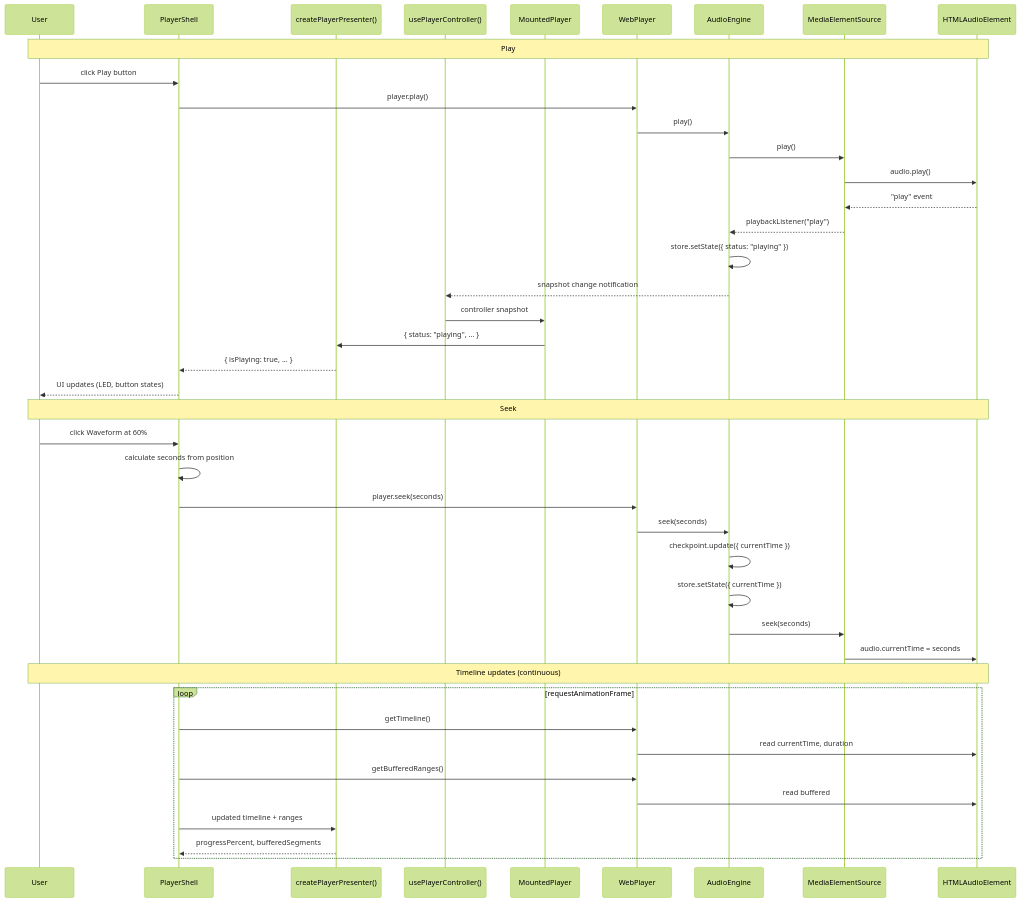
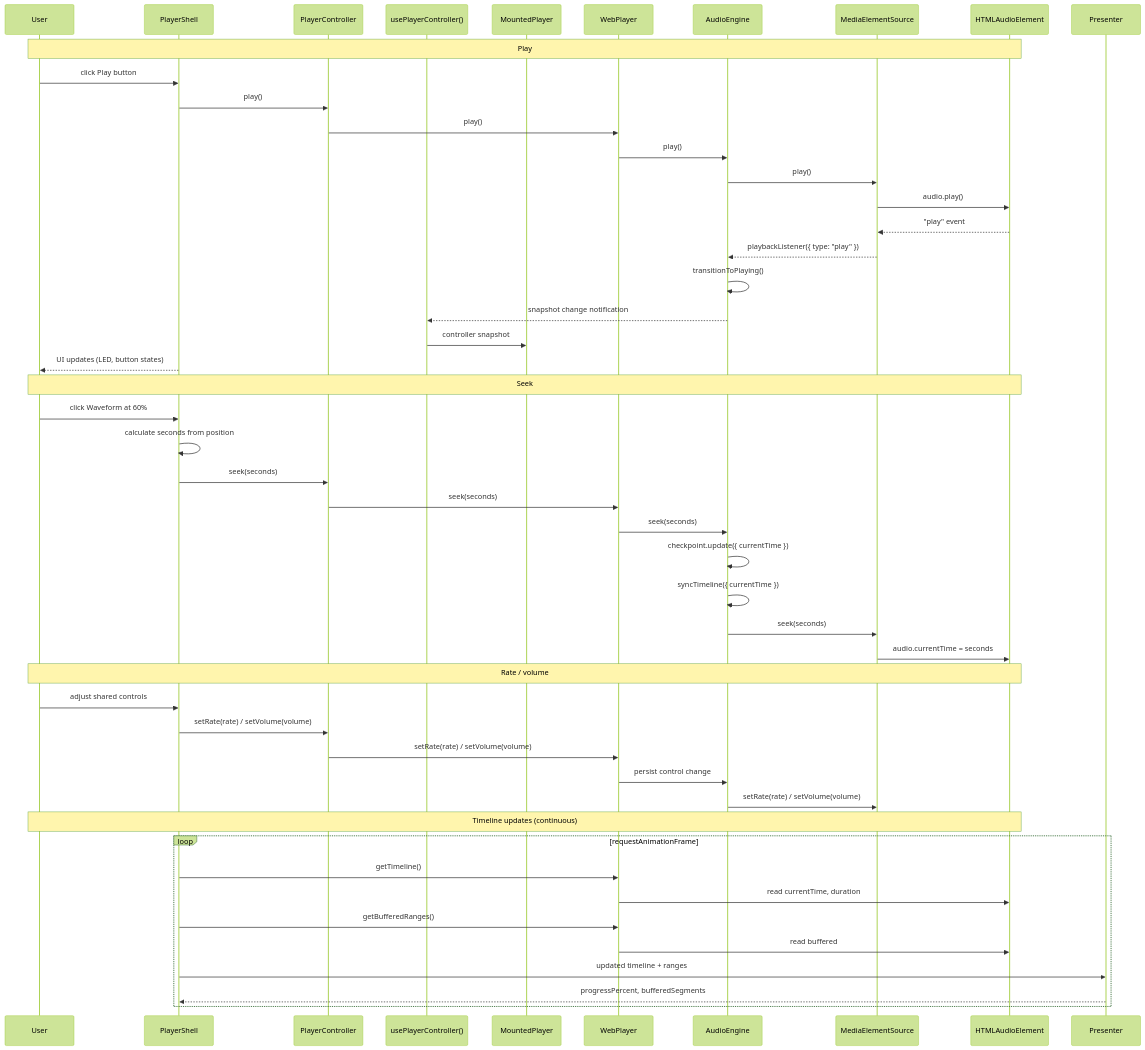
The third of 5 diagrams in docs/diagrams/2026-03-10-web-audio-player-flows.md (kalynbeach/kkb), drawn with Mermaid (forest theme) before and after one commit. The commit also changed other lines of this file and 27 other files, not shown here.

````diff
--- a/docs/diagrams/2026-03-10-web-audio-player-flows.md
+++ b/docs/diagrams/2026-03-10-web-audio-player-flows.md
@@ -84,47 +84,54 @@
 ```mermaid
 sequenceDiagram
     participant User
     participant Shell as PlayerShell
-    participant Presenter as createPlayerPresenter()
+    participant Controller as PlayerController
     participant ControllerHook as usePlayerController()
     participant Mounted as MountedPlayer
     participant WP as WebPlayer
     participant Engine as AudioEngine
     participant Source as MediaElementSource
     participant Audio as HTMLAudioElement
 
     Note over User,Audio: Play
     User->>Shell: click Play button
-    Shell->>WP: player.play()
+    Shell->>Controller: play()
+    Controller->>WP: play()
     WP->>Engine: play()
     Engine->>Source: play()
     Source->>Audio: audio.play()
     Audio-->>Source: "play" event
-    Source-->>Engine: playbackListener("play")
-    Engine->>Engine: store.setState({ status: "playing" })
+    Source-->>Engine: playbackListener({ type: "play" })
+    Engine->>Engine: transitionToPlaying()
     Engine-->>ControllerHook: snapshot change notification
     ControllerHook->>Mounted: controller snapshot
-    Mounted->>Presenter: { status: "playing", ... }
-    Presenter-->>Shell: { isPlaying: true, ... }
     Shell-->>User: UI updates (LED, button states)
 
     Note over User,Audio: Seek
     User->>Shell: click Waveform at 60%
     Shell->>Shell: calculate seconds from position
-    Shell->>WP: player.seek(seconds)
+    Shell->>Controller: seek(seconds)
+    Controller->>WP: seek(seconds)
     WP->>Engine: seek(seconds)
     Engine->>Engine: checkpoint.update({ currentTime })
-    Engine->>Engine: store.setState({ currentTime })
+    Engine->>Engine: syncTimeline({ currentTime })
     Engine->>Source: seek(seconds)
     Source->>Audio: audio.currentTime = seconds
+
+    Note over User,Audio: Rate / volume
+    User->>Shell: adjust shared controls
+    Shell->>Controller: setRate(rate) / setVolume(volume)
+    Controller->>WP: setRate(rate) / setVolume(volume)
+    WP->>Engine: persist control change
+    Engine->>Source: setRate(rate) / setVolume(volume)
 
     Note over User,Audio: Timeline updates (continuous)
     loop requestAnimationFrame
         Shell->>WP: getTimeline()
         WP->>Audio: read currentTime, duration
         Shell->>WP: getBufferedRanges()
         WP->>Audio: read buffered
         Shell->>Presenter: updated timeline + ranges
         Presenter-->>Shell: progressPercent, bufferedSegments
     end
 ```
````
